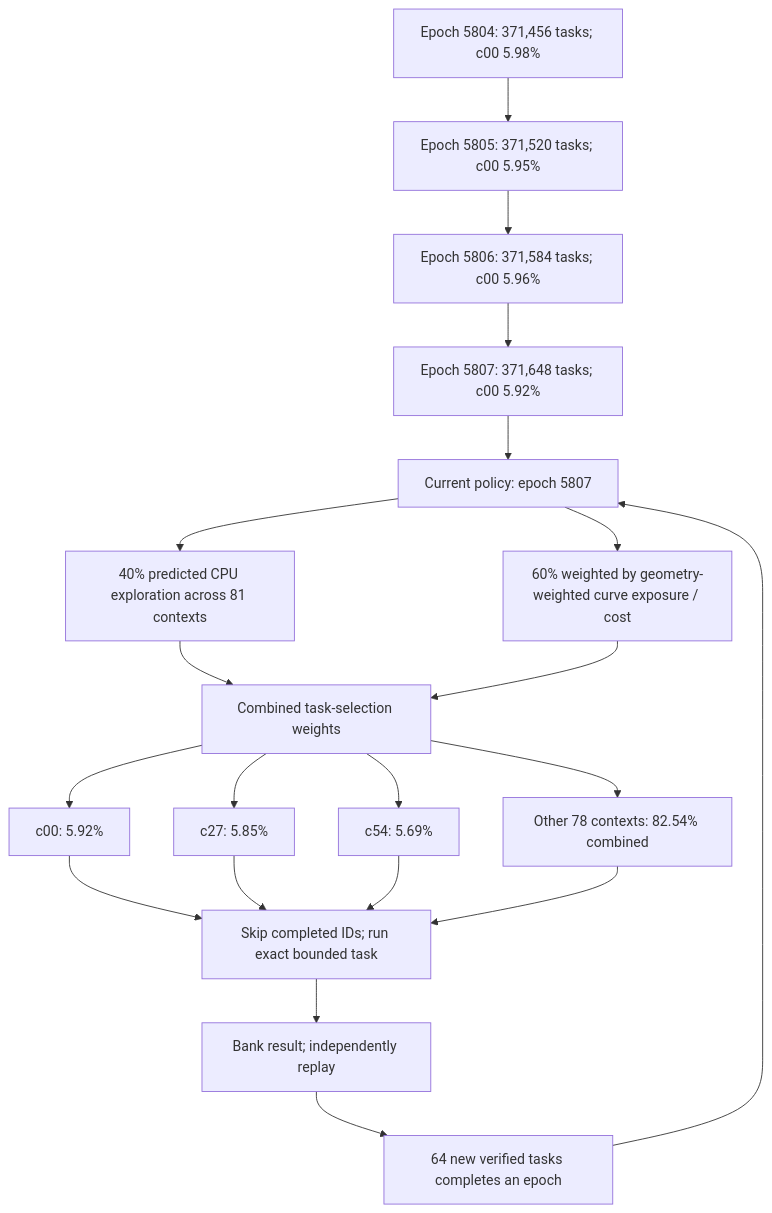
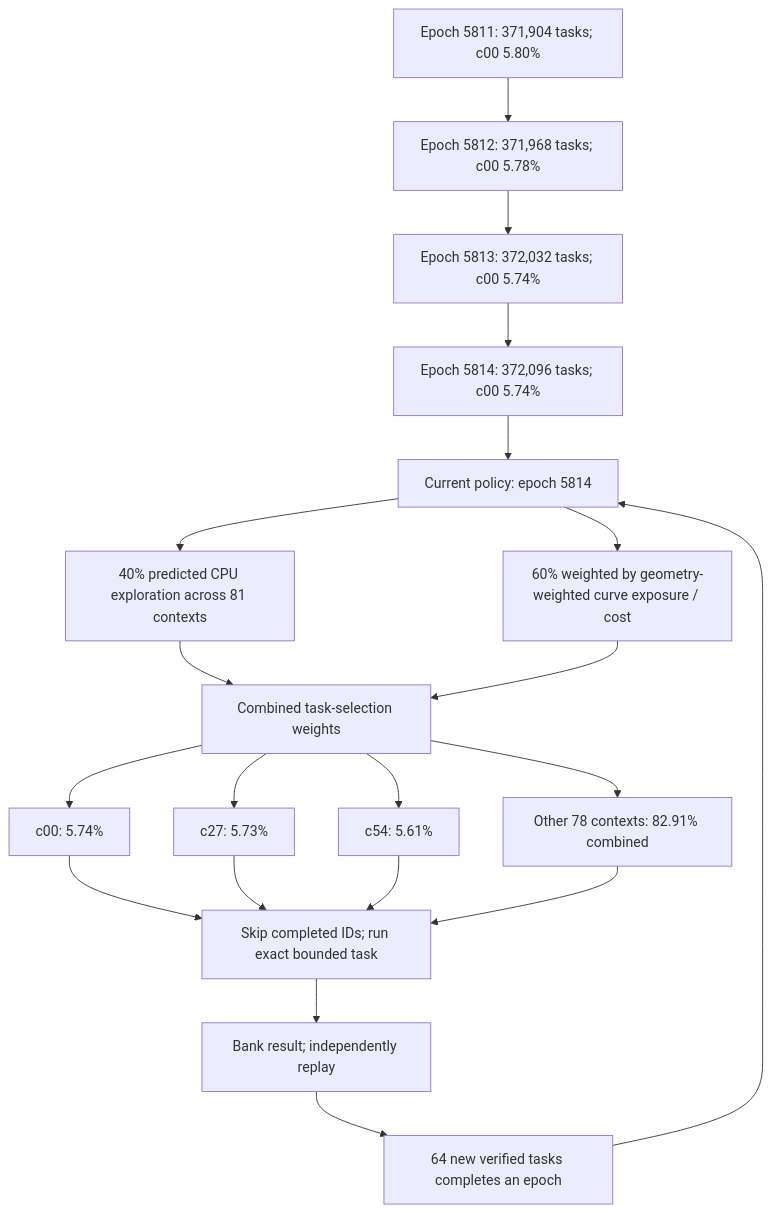
The first of 3 diagrams in README.md (Kuberwastaken/math-gambling), drawn with Mermaid before and after one commit. The commit also changed other lines of this file and 1570 other files, not shown here.

````diff
--- a/README.md
+++ b/README.md
@@ -60,27 +60,27 @@
 ```mermaid
 flowchart TD
-    H0["Epoch 5804: 371,456 tasks; c00 5.98%"]
-    H1["Epoch 5805: 371,520 tasks; c00 5.95%"]
+    H0["Epoch 5811: 371,904 tasks; c00 5.80%"]
+    H1["Epoch 5812: 371,968 tasks; c00 5.78%"]
     H0 --> H1
-    H2["Epoch 5806: 371,584 tasks; c00 5.96%"]
+    H2["Epoch 5813: 372,032 tasks; c00 5.74%"]
     H1 --> H2
-    H3["Epoch 5807: 371,648 tasks; c00 5.92%"]
+    H3["Epoch 5814: 372,096 tasks; c00 5.74%"]
     H2 --> H3
-    Policy["Current policy: epoch 5807"]
+    Policy["Current policy: epoch 5814"]
     H3 --> Policy
     Policy --> Explore["40% predicted CPU exploration across 81 contexts"]
     Policy --> Cost["60% weighted by geometry-weighted curve exposure / cost"]
     Explore --> Mix["Combined task-selection weights"]
     Cost --> Mix
-    Mix --> C0["c00: 5.92%"]
-    Mix --> C1["c27: 5.85%"]
-    Mix --> C2["c54: 5.69%"]
-    Mix --> Rest["Other 78 contexts: 82.54% combined"]
+    Mix --> C0["c00: 5.74%"]
+    Mix --> C1["c27: 5.73%"]
+    Mix --> C2["c54: 5.61%"]
+    Mix --> Rest["Other 78 contexts: 82.91% combined"]
     C0 --> Check["Skip completed IDs; run exact bounded task"]
     C1 --> Check
     C2 --> Check
     Rest --> Check
     Check --> Replay["Bank result; independently replay"]
     Replay --> Gate["64 new verified tasks completes an epoch"]
     Gate --> Policy
 ```
````
